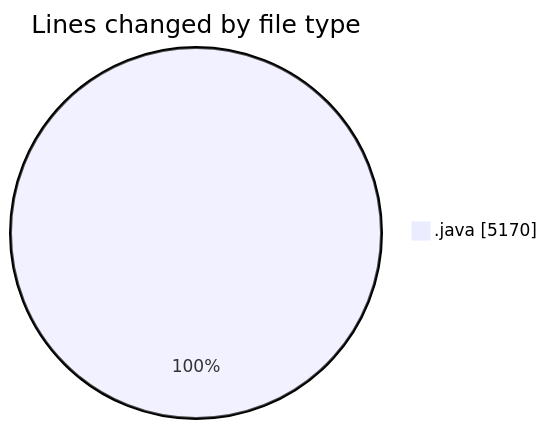
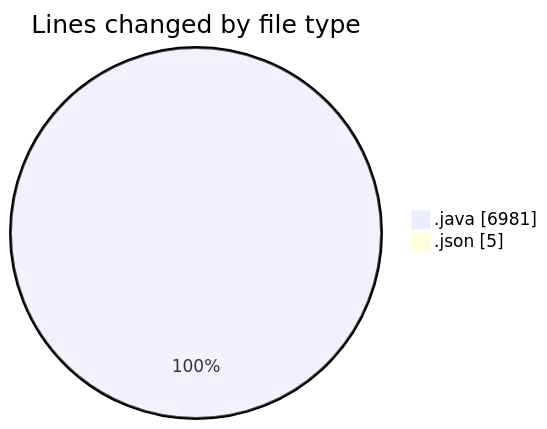
One commit to ricardozamudiocil/code-tracking changed the first of 2 diagrams in 2026-06-03/cilapp/README.md. Above: the diagram before and after it, drawn with Mermaid. The commit also changed other lines of this file and 1 other file, not shown here.

````diff
--- a/2026-06-03/cilapp/README.md
+++ b/2026-06-03/cilapp/README.md
@@ -24,5 +26,6 @@
 ```mermaid
 pie showData
 title Lines changed by file type
-".java" : 5170
+".java" : 6981
+".json" : 5
 ```
````
